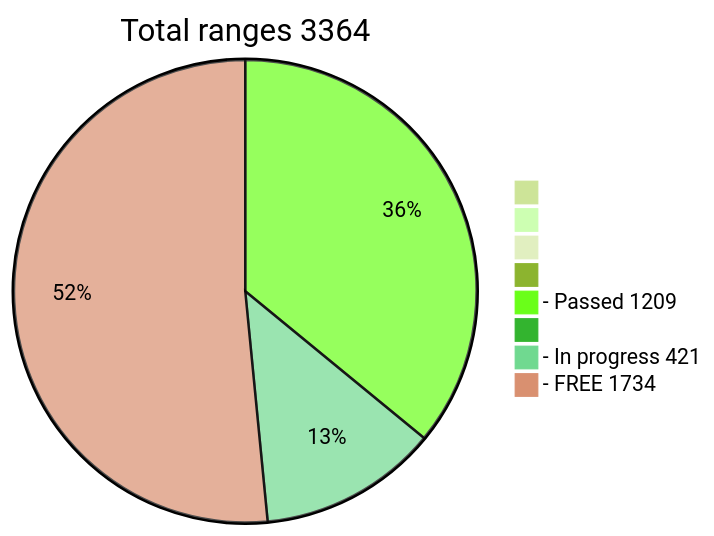
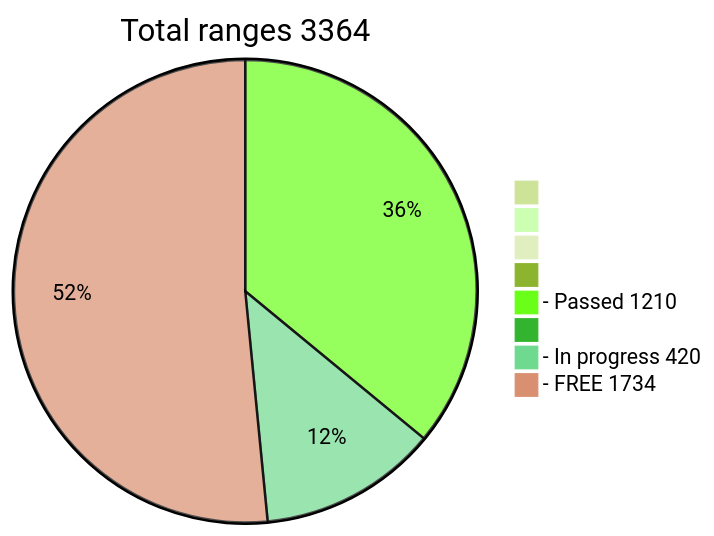
One commit to phrutis/wif500 changed the diagram in README.md. Above: the diagram before and after it, drawn with Mermaid (forest theme).

````diff
--- a/README.md
+++ b/README.md
@@ -16,12 +16,12 @@
 ```mermaid
 pie title Total ranges 3364
              " " : 0
             "  " : 0
            "   " : 0
           "    " : 0
-  "- Passed 1209" : 1209
+  "- Passed 1210" : 1210
          "     " : 0
-  "- In progress 421" : 421
+  "- In progress 420" : 420
    "- FREE 1734" : 1734
    
 ```
````
